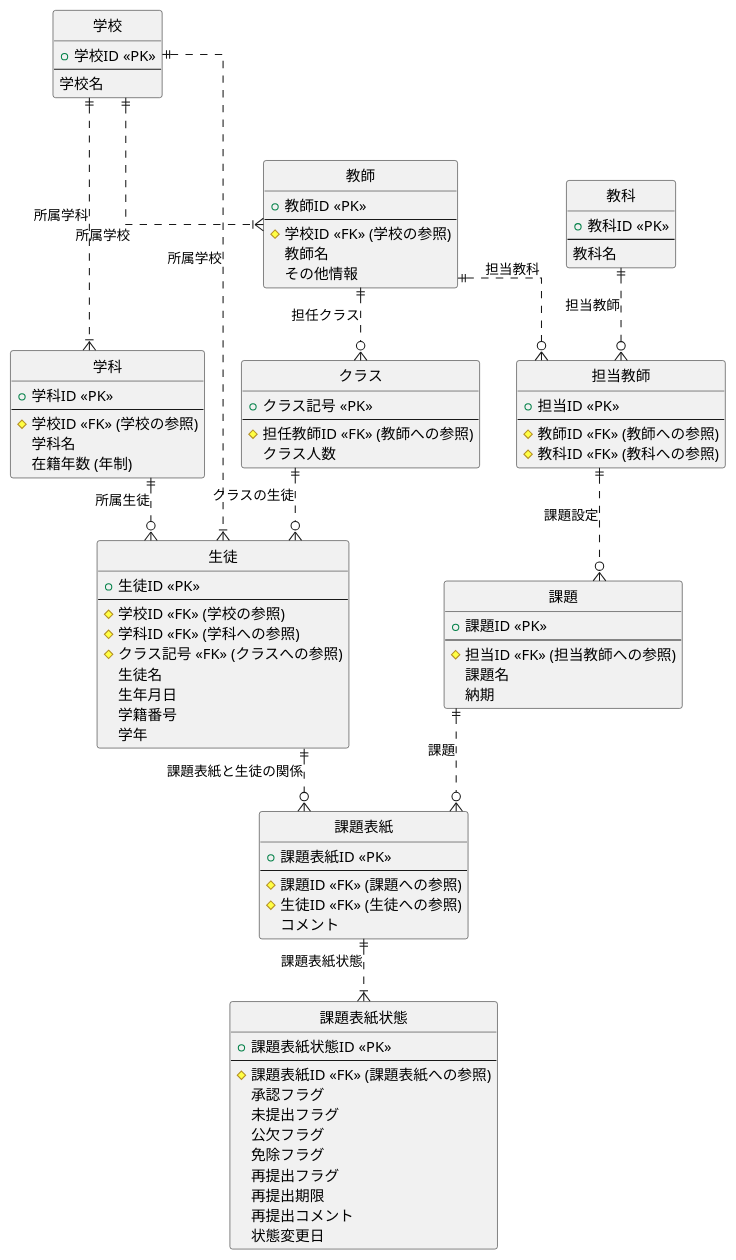
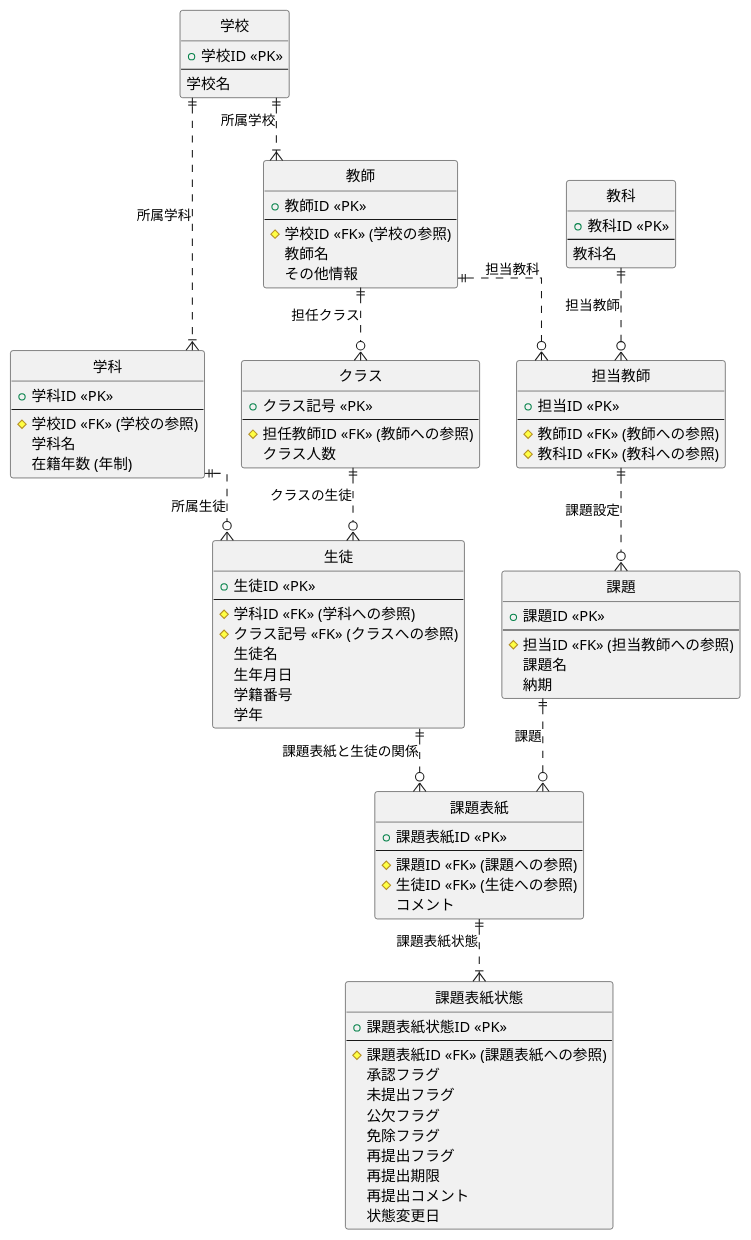
One commit to naruto1031/ScholarSync-backend changed the diagram in ER.pu. Above: the diagram before and after it, drawn with PlantUML.

Commit message:
ER図仮完成(確認前)

```diff
--- a/ER.pu
+++ b/ER.pu
@@ -1,105 +1,103 @@
 @startuml Same
 hide circle
 skinparam Linetype ortho
 
 entity "生徒" as student {
     + 生徒ID <<PK>>
     --
-    # 学校ID <<FK>> (学校の参照)
     # 学科ID <<FK>> (学科への参照)
     # クラス記号 <<FK>> (クラスへの参照)
     生徒名
     生年月日
     学籍番号
     学年
 }
 
 entity "学校" as school {
     + 学校ID <<PK>>
     ----
     学校名
 }
 
 entity "学科" as department {
     + 学科ID <<PK>>
     --
     # 学校ID <<FK>> (学校の参照)
     学科名
     在籍年数 (年制)
 }
 
 entity "クラス" as class {
     + クラス記号 <<PK>>
     --
     # 担任教師ID <<FK>> (教師への参照)
     クラス人数
 }
 
 entity "教師" as teacher {
     + 教師ID <<PK>>
     --
     # 学校ID <<FK>> (学校の参照)
     教師名
     その他情報
 }
 
 entity "教科" as subject {
     + 教科ID <<PK>>
     --
     教科名
 }
 
 entity "担当教師" as teacher_subject {
     + 担当ID <<PK>>
     --
     # 教師ID <<FK>> (教師への参照)
     # 教科ID <<FK>> (教科への参照)
 }
 
 entity "課題" as issue {
     + 課題ID <<PK>>
     --
     # 担当ID <<FK>> (担当教師への参照)
     課題名
     納期
 }
 
 entity "課題表紙" as issueCover {
     + 課題表紙ID <<PK>>
     --
     # 課題ID <<FK>> (課題への参照)
     # 生徒ID <<FK>> (生徒への参照)
     コメント
 }
 
 entity "課題表紙状態" as issueCoverStatus {
     + 課題表紙状態ID <<PK>>
     --
     # 課題表紙ID <<FK>> (課題表紙への参照)
     承認フラグ
     未提出フラグ
     公欠フラグ
     免除フラグ
     再提出フラグ
     再提出期限
     再提出コメント
     状態変更日
 }
 
 subject ||..o{ teacher_subject: 担当教師
 teacher ||..o{ teacher_subject: 担当教科
 
 teacher ||..o{ class: 担任クラス
 class ||..o{ student: クラスの生徒
 department ||..o{ student: 所属生徒
 
-school ||..|{ student: 所属学校
 school ||..|{ department: 所属学科
 school ||..|{ teacher: 所属学校
 
 teacher_subject ||..o{ issue: 課題設定
 issue ||..o{ issueCover: 課題
 student ||..o{ issueCover: 課題表紙と生徒の関係
 issueCover ||..|{ issueCoverStatus: 課題表紙状態
 
 @enduml
```
